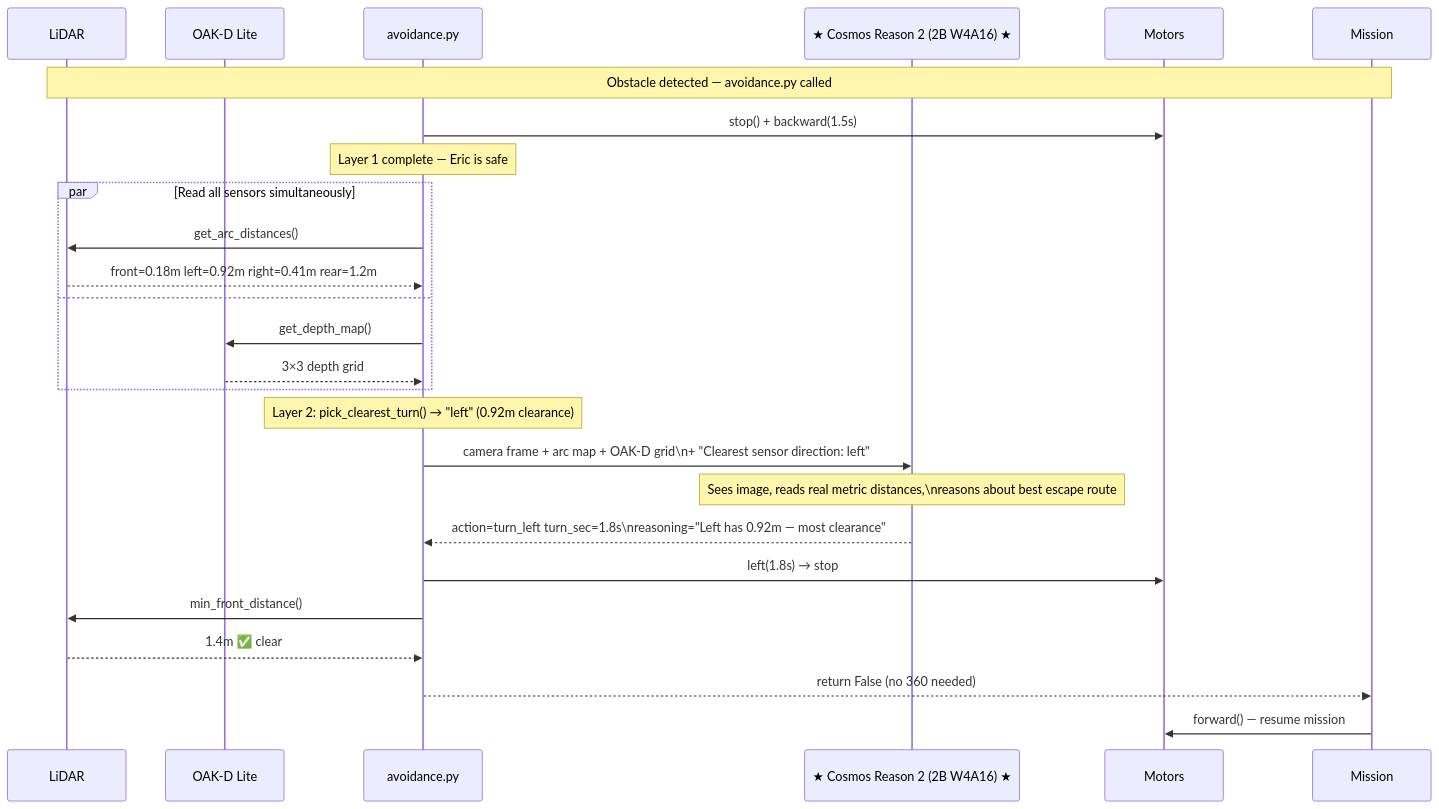
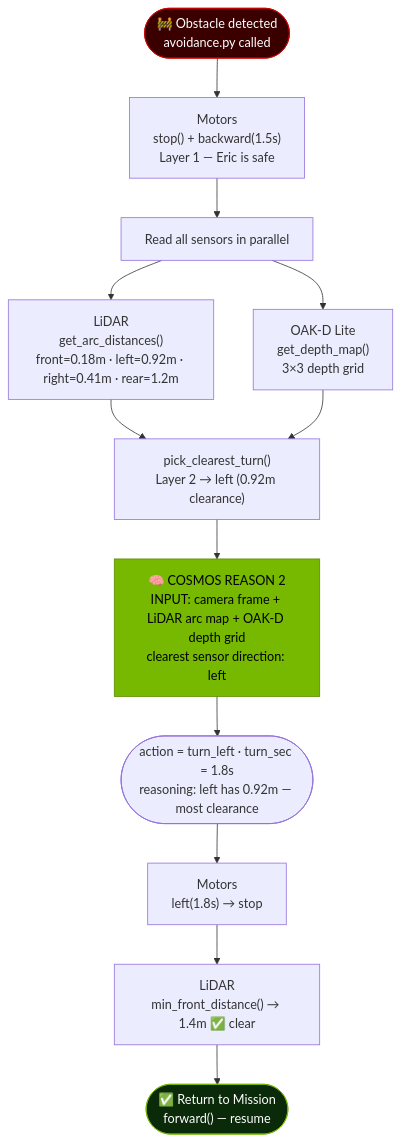
One commit to OppaAI/eric changed the seventh of 8 diagrams in README.md. Above: the diagram before and after it, drawn with Mermaid. The commit also changed other lines of this file and 2 other files, not shown here.

````diff
--- a/README.md
+++ b/README.md
@@ -279,35 +279,28 @@
 ```mermaid
-sequenceDiagram
-    participant LiDAR
-    participant OAKD as OAK-D Lite
-    participant Avoidance as avoidance.py
-    participant Cosmos as ★ Cosmos Reason 2 (2B W4A16) ★
-    participant Motors
-    participant Mission
+flowchart TD
+    OBSTACLE(["🚧 Obstacle detected<br/>avoidance.py called"])
 
-    Note over LiDAR,Mission: Obstacle detected — avoidance.py called
+    BACKUP["Motors<br/>stop() + backward(1.5s)<br/>Layer 1 — Eric is safe"]
 
-    Avoidance->>Motors: stop() + backward(1.5s)
-    Note over Avoidance: Layer 1 complete — Eric is safe
+    PAR_READ["Read all sensors in parallel"]
+    ARC_READ["LiDAR<br/>get_arc_distances()<br/>front=0.18m · left=0.92m · right=0.41m · rear=1.2m"]
+    DEPTH_READ["OAK-D Lite<br/>get_depth_map()<br/>3×3 depth grid"]
 
-    par Read all sensors simultaneously
-        Avoidance->>LiDAR: get_arc_distances()
-        LiDAR-->>Avoidance: front=0.18m left=0.92m right=0.41m rear=1.2m
-    and
-        Avoidance->>OAKD: get_depth_map()
-        OAKD-->>Avoidance: 3×3 depth grid
-    end
+    PICK["pick_clearest_turn()<br/>Layer 2 → left (0.92m clearance)"]
 
-    Note over Avoidance: Layer 2: pick_clearest_turn() → "left" (0.92m clearance)
+    COSMOS_AV["🧠 COSMOS REASON 2<br/>INPUT: camera frame + LiDAR arc map + OAK-D depth grid<br/>clearest sensor direction: left"]
+    COSMOS_OUT(["action = turn_left · turn_sec = 1.8s<br/>reasoning: left has 0.92m — most clearance"])
 
-    Avoidance->>Cosmos: camera frame + arc map + OAK-D grid\n+ "Clearest sensor direction: left"
-    Note over Cosmos: Sees image, reads real metric distances,\nreasons about best escape route
-    Cosmos-->>Avoidance: action=turn_left  turn_sec=1.8s\nreasoning="Left has 0.92m — most clearance"
+    EXEC["Motors<br/>left(1.8s) → stop"]
+    CHECK["LiDAR<br/>min_front_distance() → 1.4m ✅ clear"]
+    RESUME(["✅ Return to Mission<br/>forward() — resume"])
 
-    Avoidance->>Motors: left(1.8s) → stop
+    OBSTACLE --> BACKUP --> PAR_READ
+    PAR_READ --> ARC_READ --> PICK
+    PAR_READ --> DEPTH_READ --> PICK
+    PICK --> COSMOS_AV --> COSMOS_OUT --> EXEC --> CHECK --> RESUME
 
-    Avoidance->>LiDAR: min_front_distance()
-    LiDAR-->>Avoidance: 1.4m ✅ clear
-    Avoidance-->>Mission: return False (no 360 needed)
-    Mission->>Motors: forward() — resume mission
+    style COSMOS_AV fill:#76b900,stroke:#5a8a00,color:#000000
+    style OBSTACLE fill:#3a0000,stroke:#cc0000,color:#ffffff
+    style RESUME fill:#0a2a0a,stroke:#76b900,color:#ffffff
 ```
````
